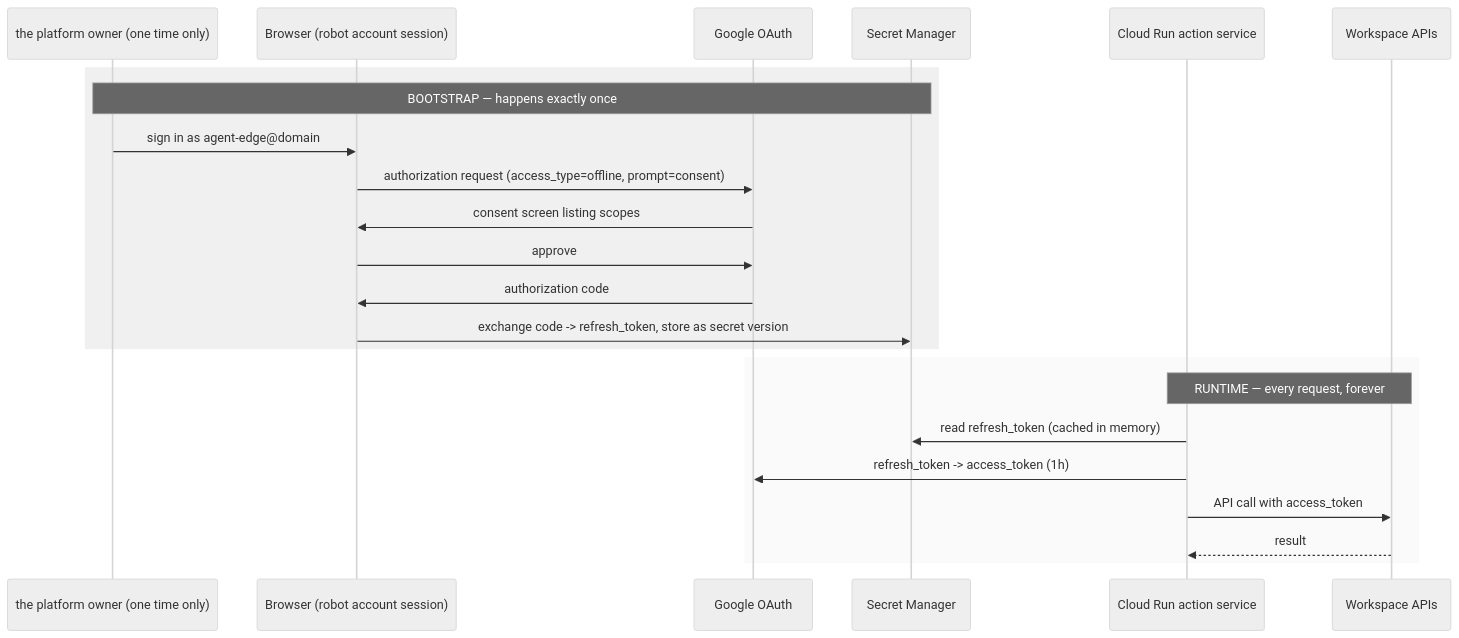
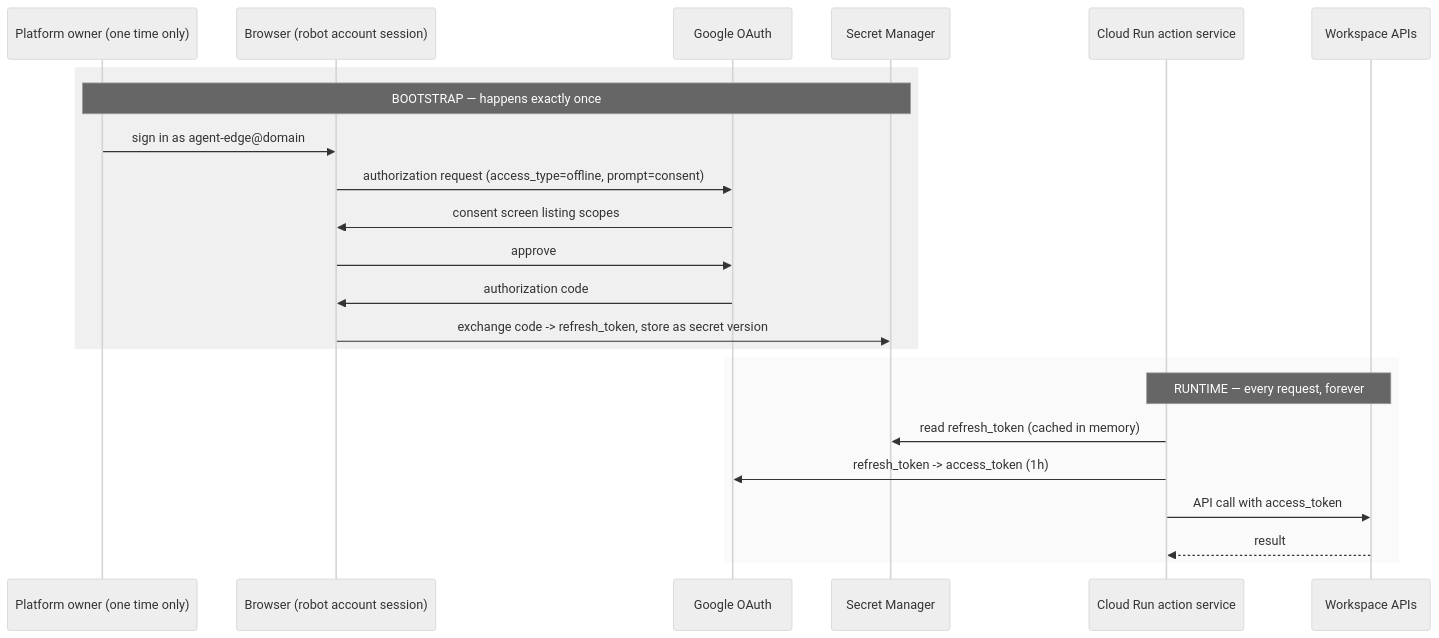
One commit to jsbdfgidsfg/agentic-platform changed the diagram in platform/edge-ai-v2/02-identity-and-auth.md. Above: the diagram before and after it, drawn with Mermaid (neutral theme). The commit also changed other lines of this file and 15 other files, not shown here.

````diff
--- a/platform/edge-ai-v2/02-identity-and-auth.md
+++ b/platform/edge-ai-v2/02-identity-and-auth.md
@@ -26,27 +26,27 @@
 ```mermaid
 sequenceDiagram
-    participant G as the platform owner (one time only)
+    participant G as Platform owner (one time only)
     participant B as Browser (robot account session)
     participant O as Google OAuth
     participant S as Secret Manager
     participant CR as Cloud Run action service
     participant W as Workspace APIs
 
     rect rgb(240,240,240)
     note over G,S: BOOTSTRAP — happens exactly once
     G->>B: sign in as agent-edge@domain
     B->>O: authorization request (access_type=offline, prompt=consent)
     O->>B: consent screen listing scopes
     B->>O: approve
     O->>B: authorization code
     B->>S: exchange code -> refresh_token, store as secret version
     end
 
     rect rgb(250,250,250)
     note over CR,W: RUNTIME — every request, forever
     CR->>S: read refresh_token (cached in memory)
     CR->>O: refresh_token -> access_token (1h)
     CR->>W: API call with access_token
     W-->>CR: result
     end
 ```
````
